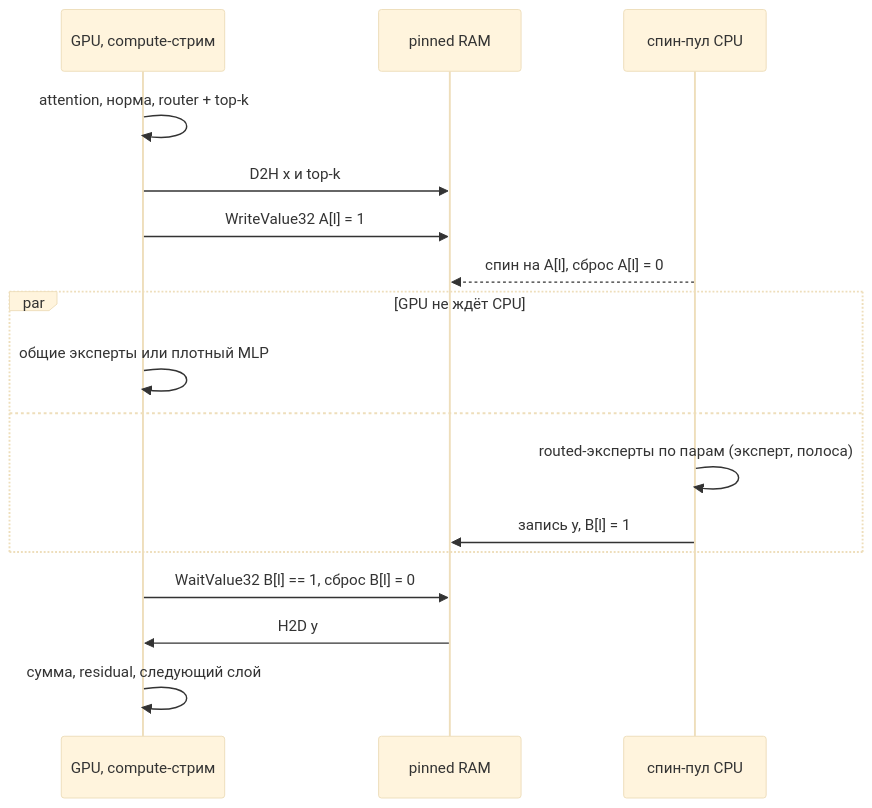
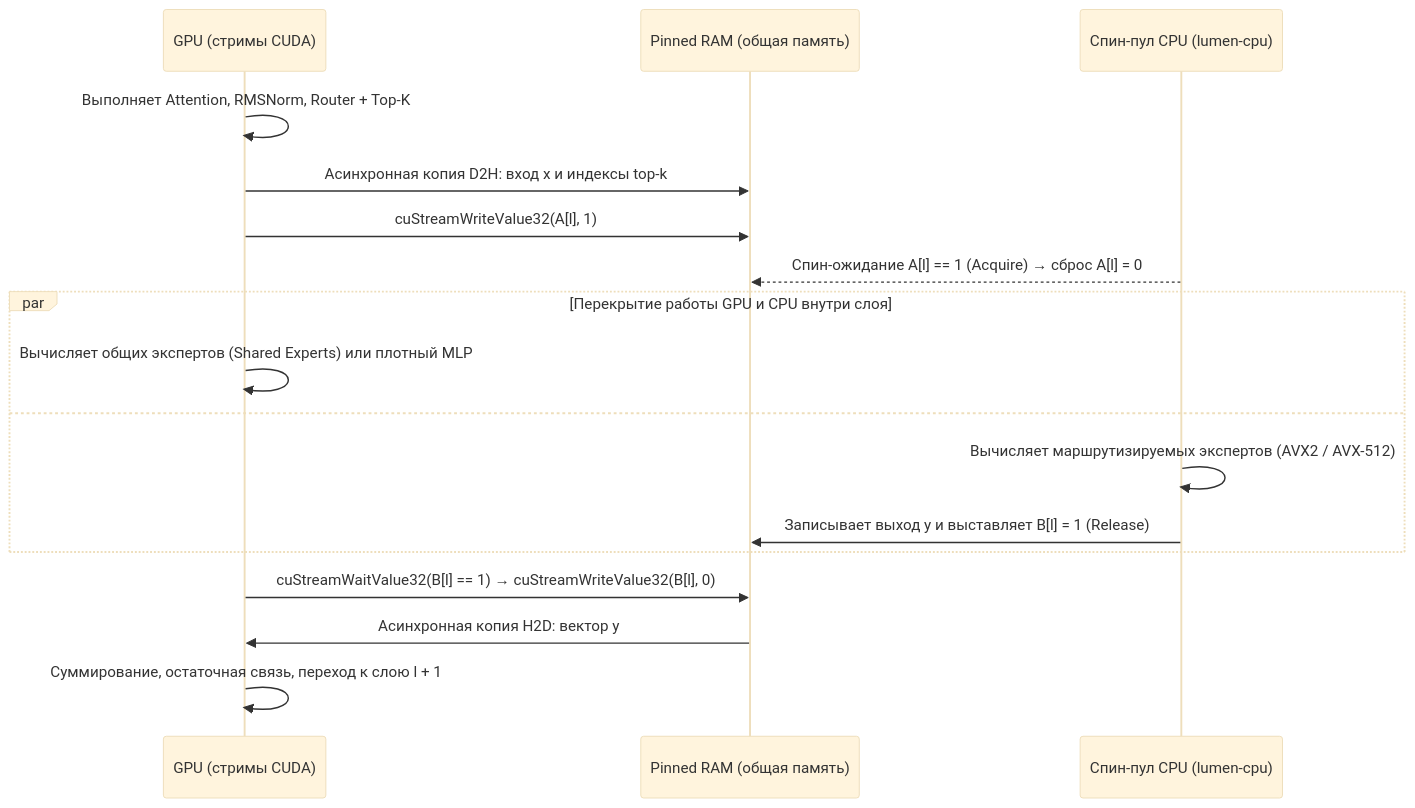
Before and after one commit to lumen-inference/lumen-rs: the second of 2 diagrams in docs/RU/architecture.md, drawn with Mermaid (base theme). The commit also changed other lines of this file and 25 other files, not shown here.

````diff
--- a/docs/RU/architecture.md
+++ b/docs/RU/architecture.md
@@ -311,19 +198,20 @@
 ```mermaid
 sequenceDiagram
-    participant G as GPU, compute-стрим
-    participant P as pinned RAM
-    participant C as спин-пул CPU
-    G->>G: attention, норма, router + top-k
-    G->>P: D2H x и top-k
-    G->>P: WriteValue32 A[l] = 1
-    C-->>P: спин на A[l], сброс A[l] = 0
-    par GPU не ждёт CPU
-        G->>G: общие эксперты или плотный MLP
+    participant GPU as GPU (стримы CUDA)
+    participant RAM as Pinned RAM (общая память)
+    participant CPU as Спин-пул CPU (lumen-cpu)
+
+    GPU->>GPU: Выполняет Attention, RMSNorm, Router + Top-K
+    GPU->>RAM: Асинхронная копия D2H: вход x и индексы top-k
+    GPU->>RAM: cuStreamWriteValue32(A[l], 1)
+    CPU-->>RAM: Спин-ожидание A[l] == 1 (Acquire) → сброс A[l] = 0
+    par Перекрытие работы GPU и CPU внутри слоя
+        GPU->>GPU: Вычисляет общих экспертов (Shared Experts) или плотный MLP
     and
-        C->>C: routed-эксперты по парам (эксперт, полоса)
-        C->>P: запись y, B[l] = 1
+        CPU->>CPU: Вычисляет маршрутизируемых экспертов (AVX2 / AVX-512)
+        CPU->>RAM: Записывает выход y и выставляет B[l] = 1 (Release)
     end
-    G->>P: WaitValue32 B[l] == 1, сброс B[l] = 0
-    P->>G: H2D y
-    G->>G: сумма, residual, следующий слой
+    GPU->>RAM: cuStreamWaitValue32(B[l] == 1) → cuStreamWriteValue32(B[l], 0)
+    RAM->>GPU: Асинхронная копия H2D: вектор y
+    GPU->>GPU: Суммирование, остаточная связь, переход к слою l + 1
 ```
````
